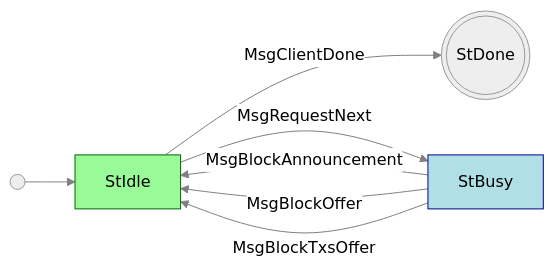
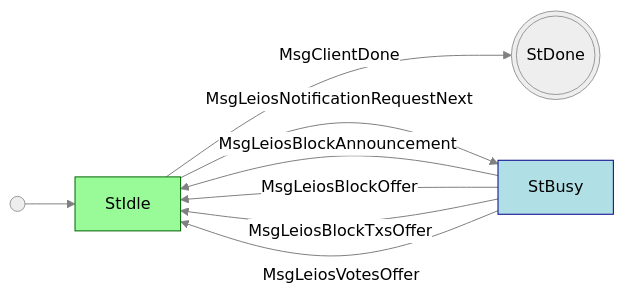
The diagram in src/network/node-to-node/leios-notify/README.md (rkuhn/cardano-blueprint), drawn with Mermaid (neutral theme) before and after one commit. The commit also changed other lines of this file and 5 other files, not shown here.

````diff
--- a/src/network/node-to-node/leios-notify/README.md
+++ b/src/network/node-to-node/leios-notify/README.md
@@ -31,18 +31,19 @@
 ```mermaid
 graph LR
    classDef client color:black,fill:PaleGreen,stroke:DarkGreen;
    classDef server color:black,fill:PowderBlue,stroke:DarkBlue;
    linkStyle default stroke:gray
 
    StDone(((StDone)))
 
    i(( )) --> StIdle
    StIdle --MsgClientDone--> StDone
-   StIdle --MsgRequestNext--> StBusy
-   StBusy --MsgBlockAnnouncement--> StIdle
-   StBusy --MsgBlockOffer--> StIdle
-   StBusy --MsgBlockTxsOffer--> StIdle
+   StIdle --MsgLeiosNotificationRequestNext--> StBusy
+   StBusy --MsgLeiosBlockAnnouncement--> StIdle
+   StBusy --MsgLeiosBlockOffer--> StIdle
+   StBusy --MsgLeiosBlockTxsOffer--> StIdle
+   StBusy --MsgLeiosVotesOffer--> StIdle
 
    class StIdle client
    class StBusy server
 ```
````
